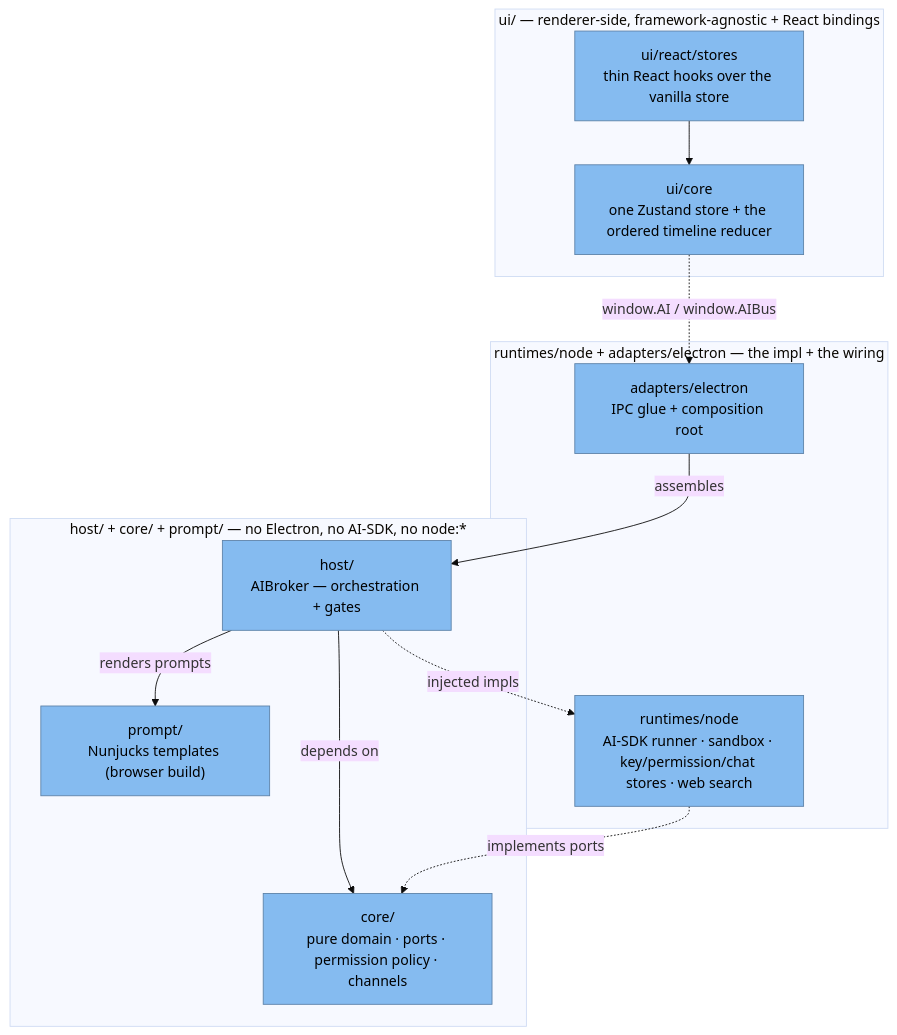
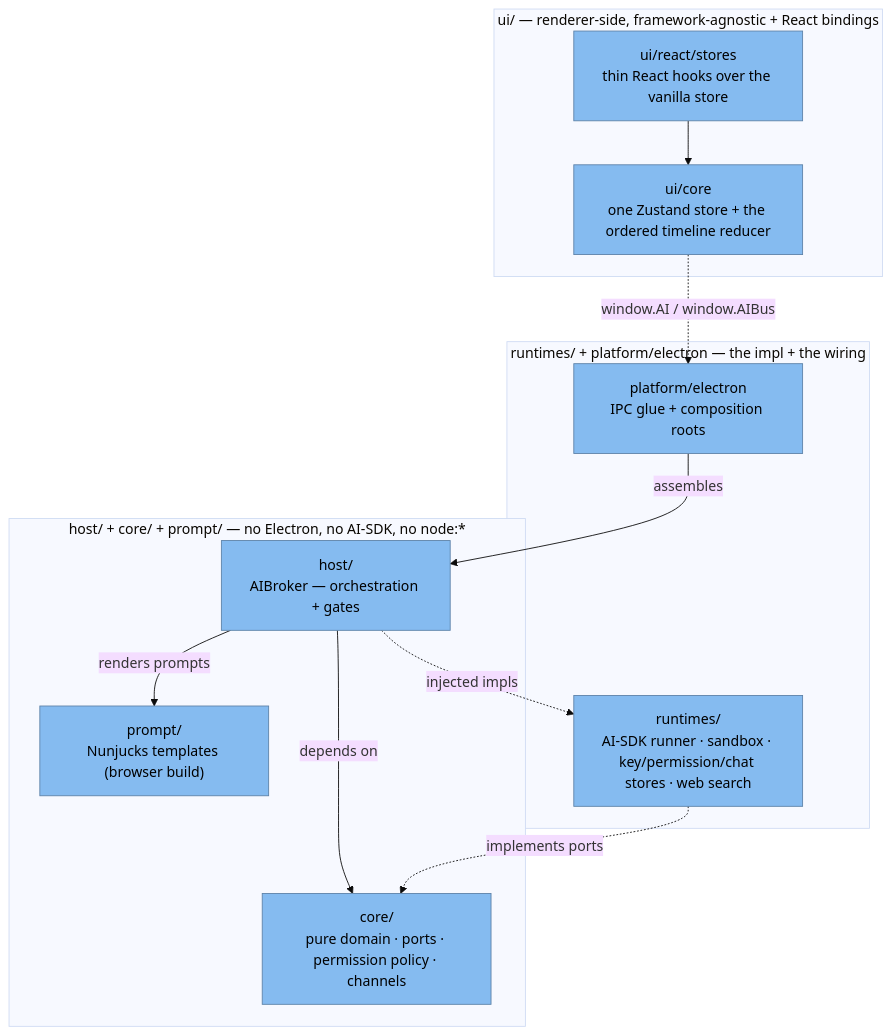
One commit to iongion/container-desktop changed the first of 5 diagrams in docs/architecture/ai-subsystem.md. Above: the diagram before and after it, drawn with Mermaid (base theme). The commit also changed other lines of this file and 601 other files, not shown here.

````diff
--- a/docs/architecture/ai-subsystem.md
+++ b/docs/architecture/ai-subsystem.md
@@ -22,26 +22,26 @@
 ```mermaid
 flowchart TB
   subgraph ui[ui/ — renderer-side, framework-agnostic + React bindings]
     react["ui/react/stores<br/>thin React hooks over the vanilla store"]:::component
     coreui["ui/core<br/>one Zustand store + the ordered timeline reducer"]:::component
   end
   subgraph mid[host/ + core/ + prompt/ — no Electron, no AI-SDK, no node:*]
     host["host/<br/>AIBroker — orchestration + gates"]:::component
     core["core/<br/>pure domain · ports · permission policy · channels"]:::component
     prompt["prompt/<br/>Nunjucks templates (browser build)"]:::component
   end
-  subgraph rt[runtimes/node + adapters/electron — the impl + the wiring]
-    node["runtimes/node<br/>AI-SDK runner · sandbox · key/permission/chat stores · web search"]:::component
-    elec["adapters/electron<br/>IPC glue + composition root"]:::component
+  subgraph rt[runtimes/ + platform/electron — the impl + the wiring]
+    node["runtimes/<br/>AI-SDK runner · sandbox · key/permission/chat stores · web search"]:::component
+    elec["platform/electron<br/>IPC glue + composition roots"]:::component
   end
 
   react --> coreui
   coreui -.->|window.AI / window.AIBus| elec
   host -->|depends on| core
   host -->|renders prompts| prompt
   node -.->|implements ports| core
   host -.->|injected impls| node
   elec -->|assembles| host
 
   classDef component fill:#85bbf0,color:#000,stroke:#5d82a8;
 ```
````
